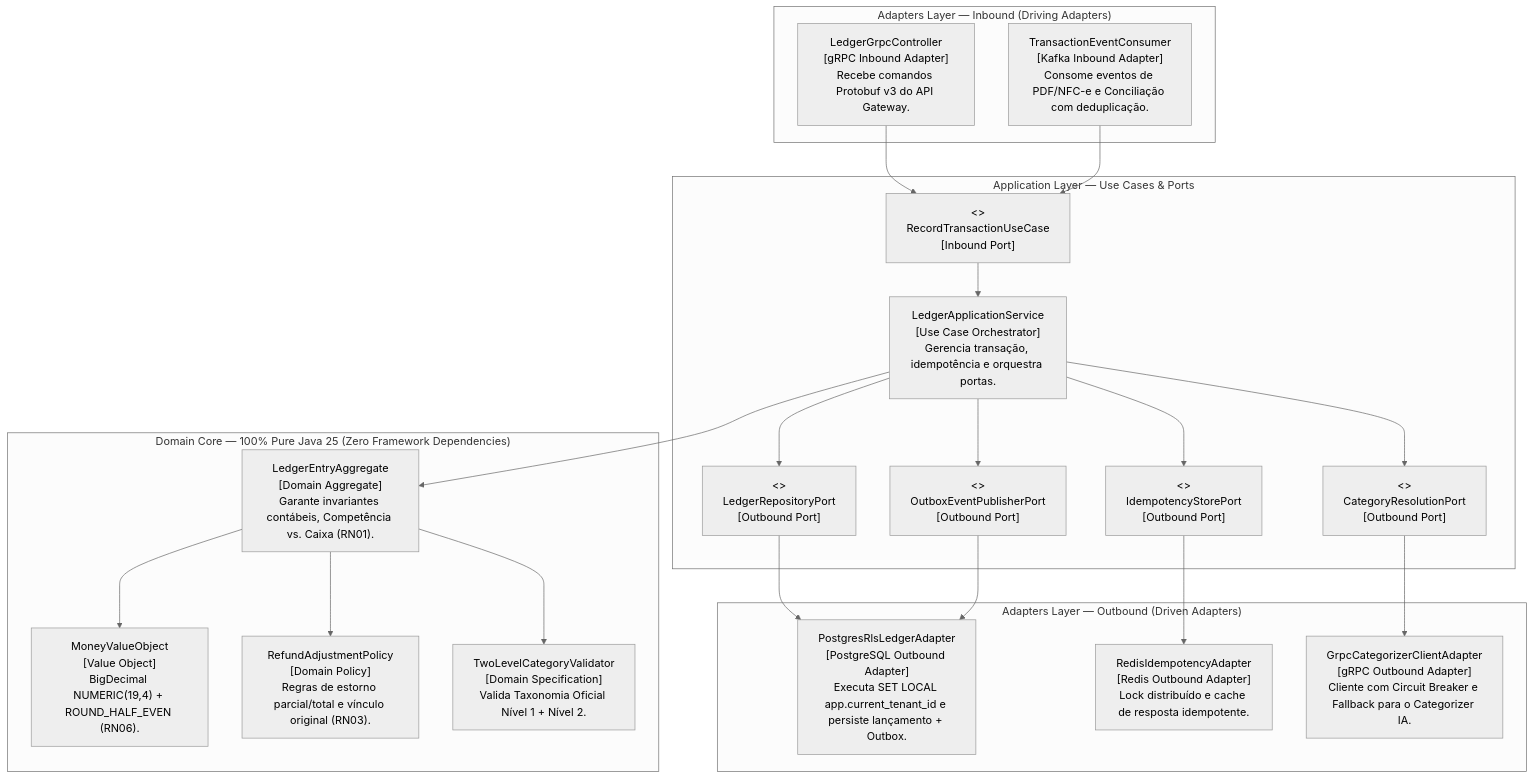
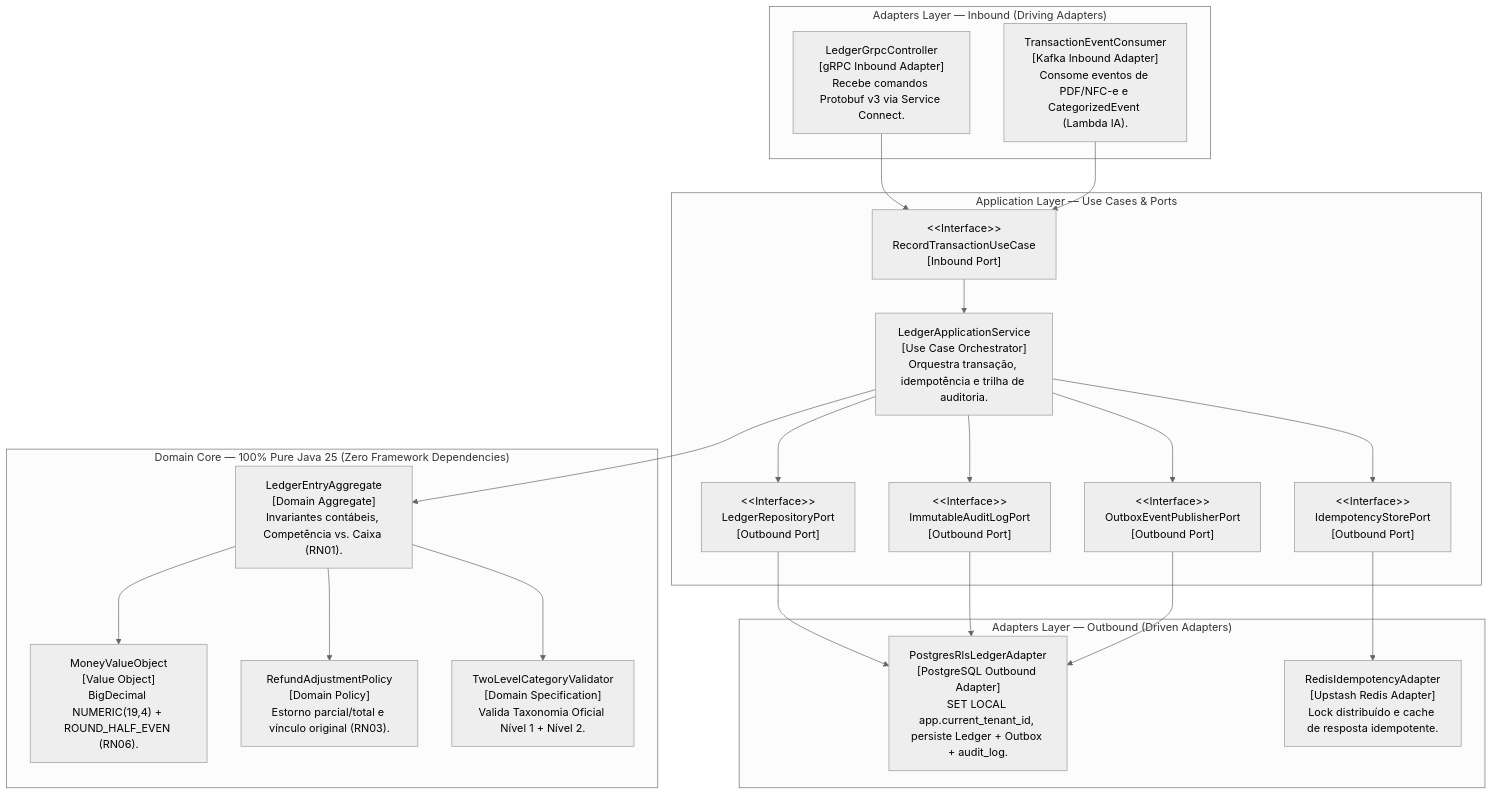
The third of 4 diagrams in docs/architecture/c4-model.md (Sorobanerp/pfm-docs), drawn with Mermaid (neutral theme) before and after one commit. The commit also changed other lines of this file and 8 other files, not shown here.

Commit message:
docs(v3): evolve architecture, FinOps, serverless AI and governance to V3.0

````diff
--- a/docs/architecture/c4-model.md
+++ b/docs/architecture/c4-model.md
@@ -107,48 +105,47 @@
 ```mermaid
 flowchart TB
     subgraph InboundAdapters["Adapters Layer — Inbound (Driving Adapters)"]
-        GRPC_IN["LedgerGrpcController<br/>[gRPC Inbound Adapter]<br/>Recebe comandos Protobuf v3 do API Gateway."]
-        KAFKA_IN["TransactionEventConsumer<br/>[Kafka Inbound Adapter]<br/>Consome eventos de PDF/NFC-e e Conciliação com deduplicação."]
+        GRPC_IN["LedgerGrpcController<br/>[gRPC Inbound Adapter]<br/>Recebe comandos Protobuf v3 via Service Connect."]
+        KAFKA_IN["TransactionEventConsumer<br/>[Kafka Inbound Adapter]<br/>Consome eventos de PDF/NFC-e e CategorizedEvent (Lambda IA)."]
     end
 
     subgraph ApplicationLayer["Application Layer — Use Cases & Ports"]
-        IN_PORT["<<Interface>><br/>RecordTransactionUseCase<br/>[Inbound Port]"]
-        UC_IMPL["LedgerApplicationService<br/>[Use Case Orchestrator]<br/>Gerencia transação, idempotência e orquestra portas."]
-        OUT_REPO["<<Interface>><br/>LedgerRepositoryPort<br/>[Outbound Port]"]
-        OUT_OUTBOX["<<Interface>><br/>OutboxEventPublisherPort<br/>[Outbound Port]"]
-        OUT_CAT["<<Interface>><br/>CategoryResolutionPort<br/>[Outbound Port]"]
-        OUT_IDEMP["<<Interface>><br/>IdempotencyStorePort<br/>[Outbound Port]"]
+        IN_PORT["&lt;&lt;Interface&gt;&gt;<br/>RecordTransactionUseCase<br/>[Inbound Port]"]
+        UC_IMPL["LedgerApplicationService<br/>[Use Case Orchestrator]<br/>Orquestra transação, idempotência e trilha de auditoria."]
+        OUT_REPO["&lt;&lt;Interface&gt;&gt;<br/>LedgerRepositoryPort<br/>[Outbound Port]"]
+        OUT_AUDIT["&lt;&lt;Interface&gt;&gt;<br/>ImmutableAuditLogPort<br/>[Outbound Port]"]
+        OUT_OUTBOX["&lt;&lt;Interface&gt;&gt;<br/>OutboxEventPublisherPort<br/>[Outbound Port]"]
+        OUT_IDEMP["&lt;&lt;Interface&gt;&gt;<br/>IdempotencyStorePort<br/>[Outbound Port]"]
     end
 
     subgraph DomainCore["Domain Core — 100% Pure Java 25 (Zero Framework Dependencies)"]
-        AGG["LedgerEntryAggregate<br/>[Domain Aggregate]<br/>Garante invariantes contábeis, Competência vs. Caixa (RN01)."]
+        AGG["LedgerEntryAggregate<br/>[Domain Aggregate]<br/>Invariantes contábeis, Competência vs. Caixa (RN01)."]
         VO_MONEY["MoneyValueObject<br/>[Value Object]<br/>BigDecimal NUMERIC(19,4) + ROUND_HALF_EVEN (RN06)."]
-        POL_REFUND["RefundAdjustmentPolicy<br/>[Domain Policy]<br/>Regras de estorno parcial/total e vínculo original (RN03)."]
+        POL_REFUND["RefundAdjustmentPolicy<br/>[Domain Policy]<br/>Estorno parcial/total e vínculo original (RN03)."]
         TAXONOMY["TwoLevelCategoryValidator<br/>[Domain Specification]<br/>Valida Taxonomia Oficial Nível 1 + Nível 2."]
     end
 
     subgraph OutboundAdapters["Adapters Layer — Outbound (Driven Adapters)"]
-        PG_ADAPTER["PostgresRlsLedgerAdapter<br/>[PostgreSQL Outbound Adapter]<br/>Executa SET LOCAL app.current_tenant_id e persiste lançamento + Outbox."]
-        REDIS_ADAPTER["RedisIdempotencyAdapter<br/>[Redis Outbound Adapter]<br/>Lock distribuído e cache de resposta idempotente."]
-        AI_ADAPTER["GrpcCategorizerClientAdapter<br/>[gRPC Outbound Adapter]<br/>Cliente com Circuit Breaker e Fallback para o Categorizer IA."]
+        PG_ADAPTER["PostgresRlsLedgerAdapter<br/>[PostgreSQL Outbound Adapter]<br/>SET LOCAL app.current_tenant_id, persiste Ledger + Outbox + audit_log."]
+        REDIS_ADAPTER["RedisIdempotencyAdapter<br/>[Upstash Redis Adapter]<br/>Lock distribuído e cache de resposta idempotente."]
     end
 
     GRPC_IN --> IN_PORT
     KAFKA_IN --> IN_PORT
     IN_PORT --> UC_IMPL
 
     UC_IMPL --> AGG
     AGG --> VO_MONEY
     AGG --> POL_REFUND
     AGG --> TAXONOMY
 
     UC_IMPL --> OUT_IDEMP
-    UC_IMPL --> OUT_CAT
     UC_IMPL --> OUT_REPO
+    UC_IMPL --> OUT_AUDIT
     UC_IMPL --> OUT_OUTBOX
 
     OUT_IDEMP --> REDIS_ADAPTER
-    OUT_CAT --> AI_ADAPTER
     OUT_REPO --> PG_ADAPTER
+    OUT_AUDIT --> PG_ADAPTER
     OUT_OUTBOX --> PG_ADAPTER
 ```
````
